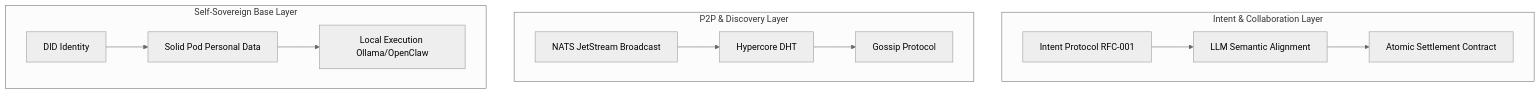
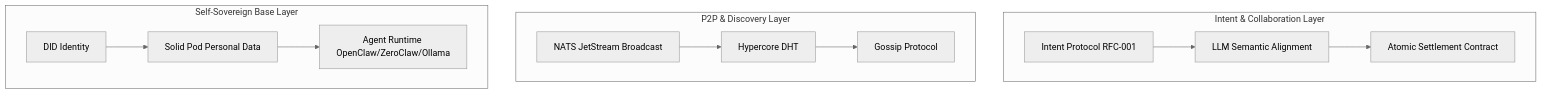
Before and after one commit to Sawyer-G/Open-A2A: the diagram in docs/en/03-architecture.md, drawn with Mermaid (neutral theme). The commit also changed other lines of this file and 10 other files, not shown here.

````diff
--- a/docs/en/03-architecture.md
+++ b/docs/en/03-architecture.md
@@ -7,17 +26,17 @@
 ```mermaid
 graph TD
     subgraph L3 [Intent & Collaboration Layer]
         A[Intent Protocol RFC-001] --> B[LLM Semantic Alignment]
         B --> C[Atomic Settlement Contract]
     end
 
     subgraph L2 [P2P & Discovery Layer]
         D[NATS JetStream Broadcast] --> E[Hypercore DHT]
         E --> F[Gossip Protocol]
     end
 
     subgraph L1 [Self-Sovereign Base Layer]
         G[DID Identity] --> H[Solid Pod Personal Data]
-        H --> I[Local Execution Ollama/OpenClaw]
+        H --> I[Agent Runtime OpenClaw/ZeroClaw/Ollama]
     end
 ```
````
